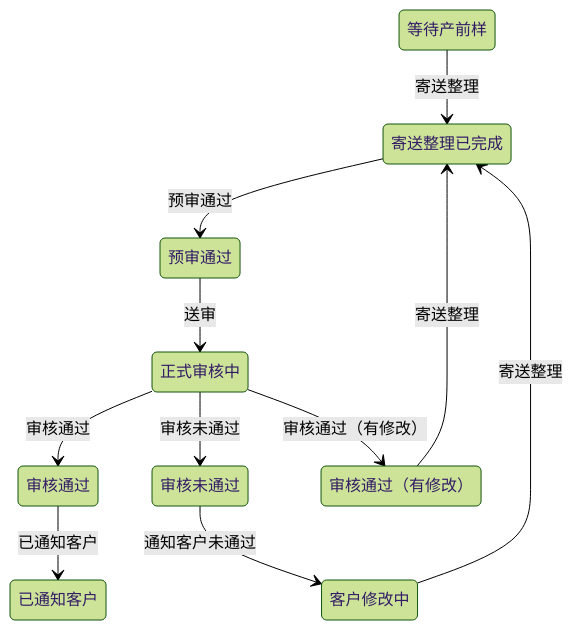
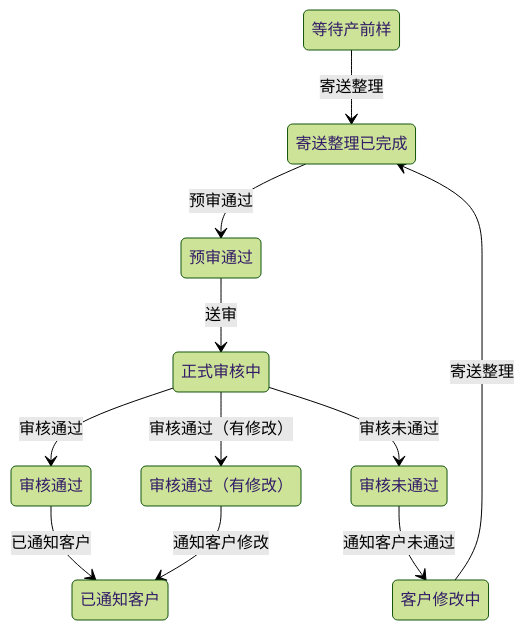
The diagram in docs/PPS_display.mermaid (FIPOCHINA/fipo-fsm), drawn with Mermaid (forest theme) before and after one commit. The commit also changed 3 other files, not shown here.

```diff
--- a/docs/PPS_display.mermaid
+++ b/docs/PPS_display.mermaid
@@ -1,11 +1,11 @@
 stateDiagram-v2
 等待产前样 --> 寄送整理已完成 : 寄送整理
 寄送整理已完成 --> 预审通过 : 预审通过
 预审通过 --> 正式审核中 : 送审
 正式审核中 --> 审核通过 : 审核通过
 正式审核中 --> 审核未通过 : 审核未通过
 正式审核中 --> 审核通过（有修改） : 审核通过（有修改）
 审核通过 --> 已通知客户 : 已通知客户
 审核未通过 --> 客户修改中 : 通知客户未通过
 客户修改中 --> 寄送整理已完成 : 寄送整理
-审核通过（有修改） --> 寄送整理已完成 : 寄送整理
+审核通过（有修改） --> 已通知客户 : 通知客户修改
```
